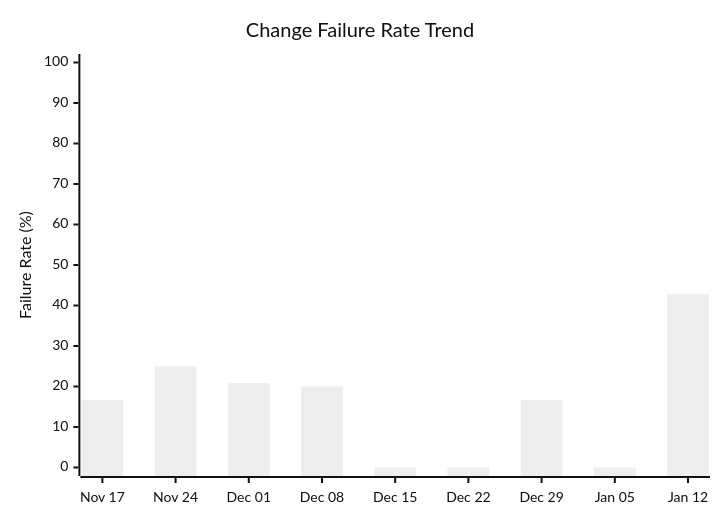
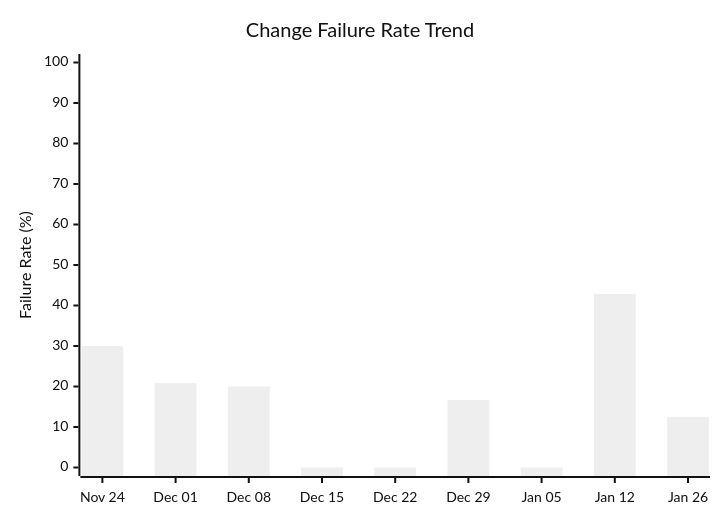
The fourth of 4 diagrams in docs/ci-cd/dora-summary.md (ukma-cs-ssdm-2025/rate-ukma), drawn with Mermaid (neutral theme) before and after one commit. The commit also changed other lines of this file, not shown here.

````diff
--- a/docs/ci-cd/dora-summary.md
+++ b/docs/ci-cd/dora-summary.md
@@ -64,7 +69,7 @@
 ```mermaid
 xychart-beta
     title "Change Failure Rate Trend"
-    x-axis ["Nov 17", "Nov 24", "Dec 01", "Dec 08", "Dec 15", "Dec 22", "Dec 29", "Jan 05", "Jan 12"]
+    x-axis ["Nov 24", "Dec 01", "Dec 08", "Dec 15", "Dec 22", "Dec 29", "Jan 05", "Jan 12", "Jan 26"]
     y-axis "Failure Rate (%)" 0 --> 100
-    bar [16.67, 25.00, 20.83, 20.00, 0.00, 0.00, 16.67, 0.00, 42.86]
+    bar [30.00, 20.83, 20.00, 0.00, 0.00, 16.67, 0.00, 42.86, 12.50]
 ```
````
